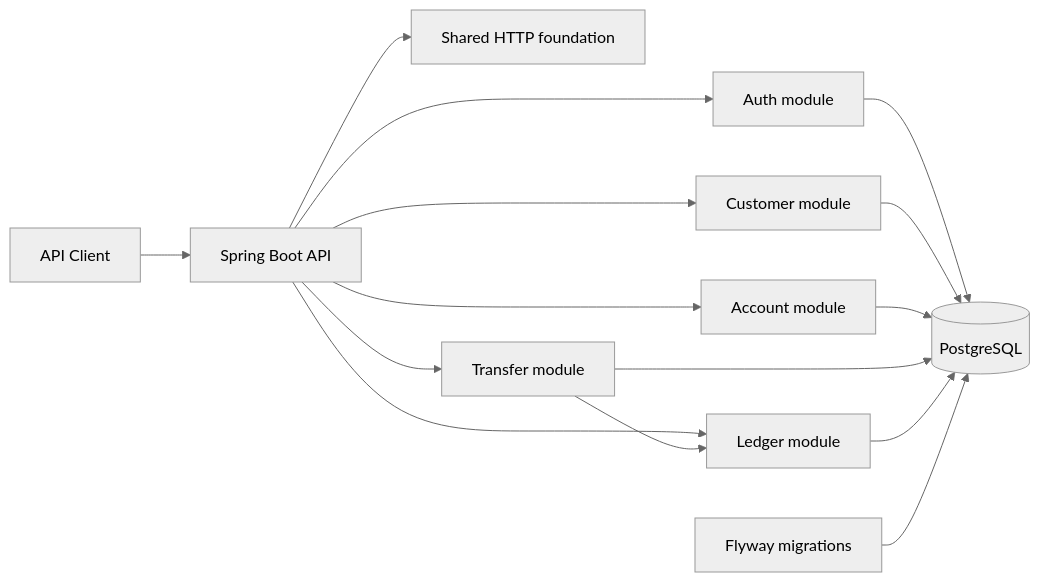
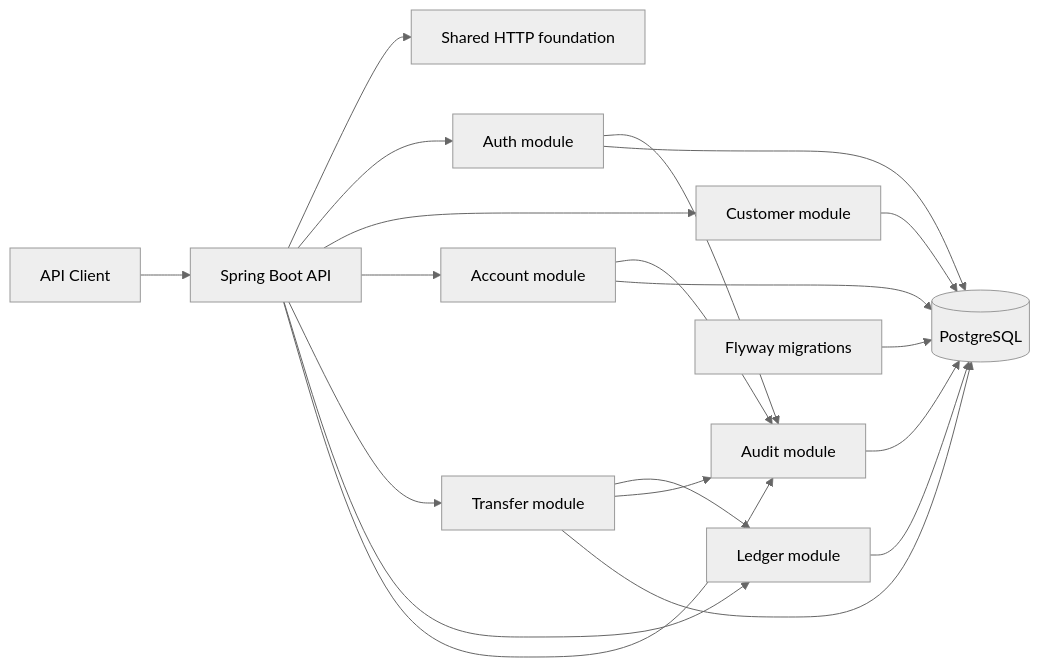
The first of 3 diagrams in README.md (Singatha/bank-forge), drawn with Mermaid (neutral theme) before and after one commit. The commit also changed other lines of this file and 39 other files, not shown here.

````diff
--- a/README.md
+++ b/README.md
@@ -11,17 +11,22 @@
 ```mermaid
 flowchart LR
     Client[API Client] --> API[Spring Boot API]
     API --> Shared[Shared HTTP foundation]
     API --> Auth[Auth module]
     API --> Customer[Customer module]
     API --> Account[Account module]
     API --> Transfer[Transfer module]
     API --> Ledger[Ledger module]
+    API --> Audit[Audit module]
     Transfer --> Ledger
+    Auth --> Audit
+    Account --> Audit
+    Transfer --> Audit
     Auth --> DB[(PostgreSQL)]
     Customer --> DB
     Account --> DB
     Transfer --> DB
     Ledger --> DB
+    Audit --> DB
     Flyway[Flyway migrations] --> DB
 ```
````
